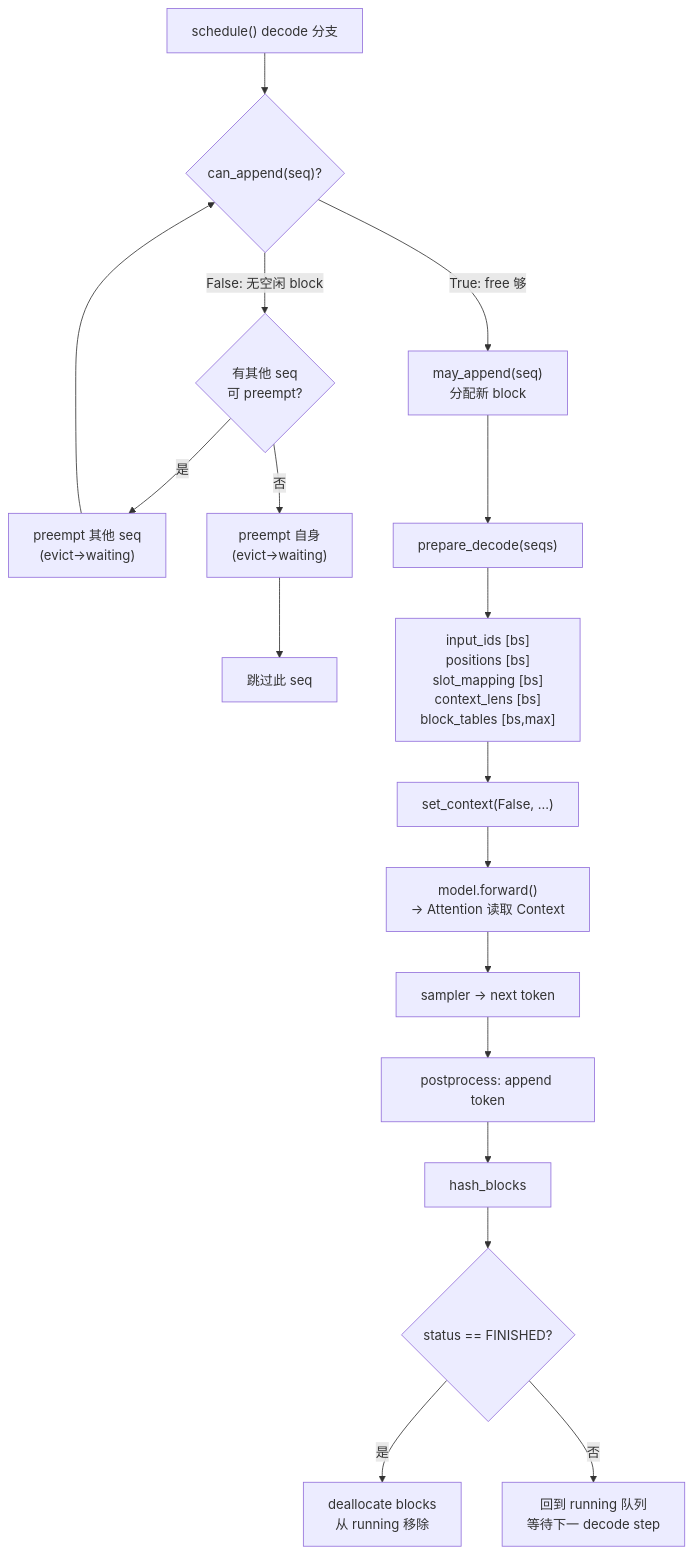
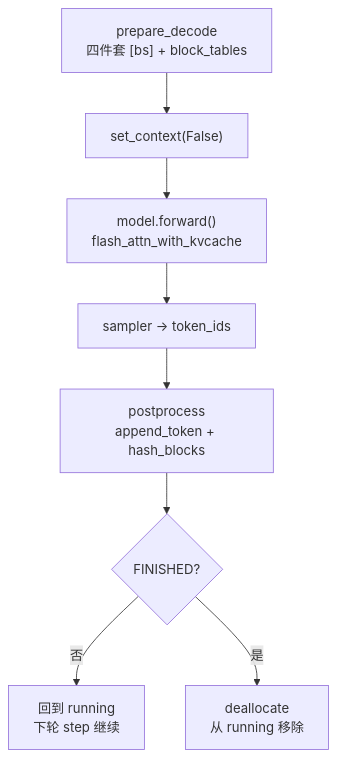
One commit to ForceInjection/nano-vllm changed the third of 6 diagrams in docs/llm-inference-visual/slides/slides.06.md. Above: the diagram before and after it, drawn with Mermaid. The commit also changed other lines of this file and 1 other file, not shown here.

````diff
--- a/docs/llm-inference-visual/slides/slides.06.md
+++ b/docs/llm-inference-visual/slides/slides.06.md
@@ -586,20 +605,10 @@
-```mermaid {scale: 0.45}
+```mermaid {scale: 0.4}
 flowchart TD
-    A["schedule() decode 分支"] --> B{"can_append(seq)?"}
-    B -->|"False: 无空闲 block"| C{"有其他 seq<br/>可 preempt?"}
-    C -->|"是"| D["preempt 其他 seq<br/>(evict→waiting)"]
-    C -->|"否"| E["preempt 自身<br/>(evict→waiting)"]
-    D --> B
-    E --> F["跳过此 seq"]
-    B -->|"True: free 够"| G["may_append(seq)<br/>分配新 block"]
-    G --> H["prepare_decode(seqs)"]
-    H --> I["input_ids [bs]<br/>positions [bs]<br/>slot_mapping [bs]<br/>context_lens [bs]<br/>block_tables [bs,max]"]
-    I --> J["set_context(False, ...)"]
-    J --> K["model.forward()<br/>→ Attention 读取 Context"]
-    K --> L["sampler → next token"]
-    L --> M["postprocess: append token"]
-    M --> N["hash_blocks"]
-    N --> O{"status == FINISHED?"}
-    O -->|"是"| P["deallocate blocks<br/>从 running 移除"]
-    O -->|"否"| Q["回到 running 队列<br/>等待下一 decode step"]
+    A["prepare_decode<br/>四件套 [bs] + block_tables"] --> B["set_context(False)"]
+    B --> C["model.forward()<br/>flash_attn_with_kvcache"]
+    C --> D["sampler → token_ids"]
+    D --> E["postprocess<br/>append_token + hash_blocks"]
+    E --> F{"FINISHED?"}
+    F -->|"否"| G["回到 running<br/>下轮 step 继续"]
+    F -->|"是"| H["deallocate<br/>从 running 移除"]
 ```
````
